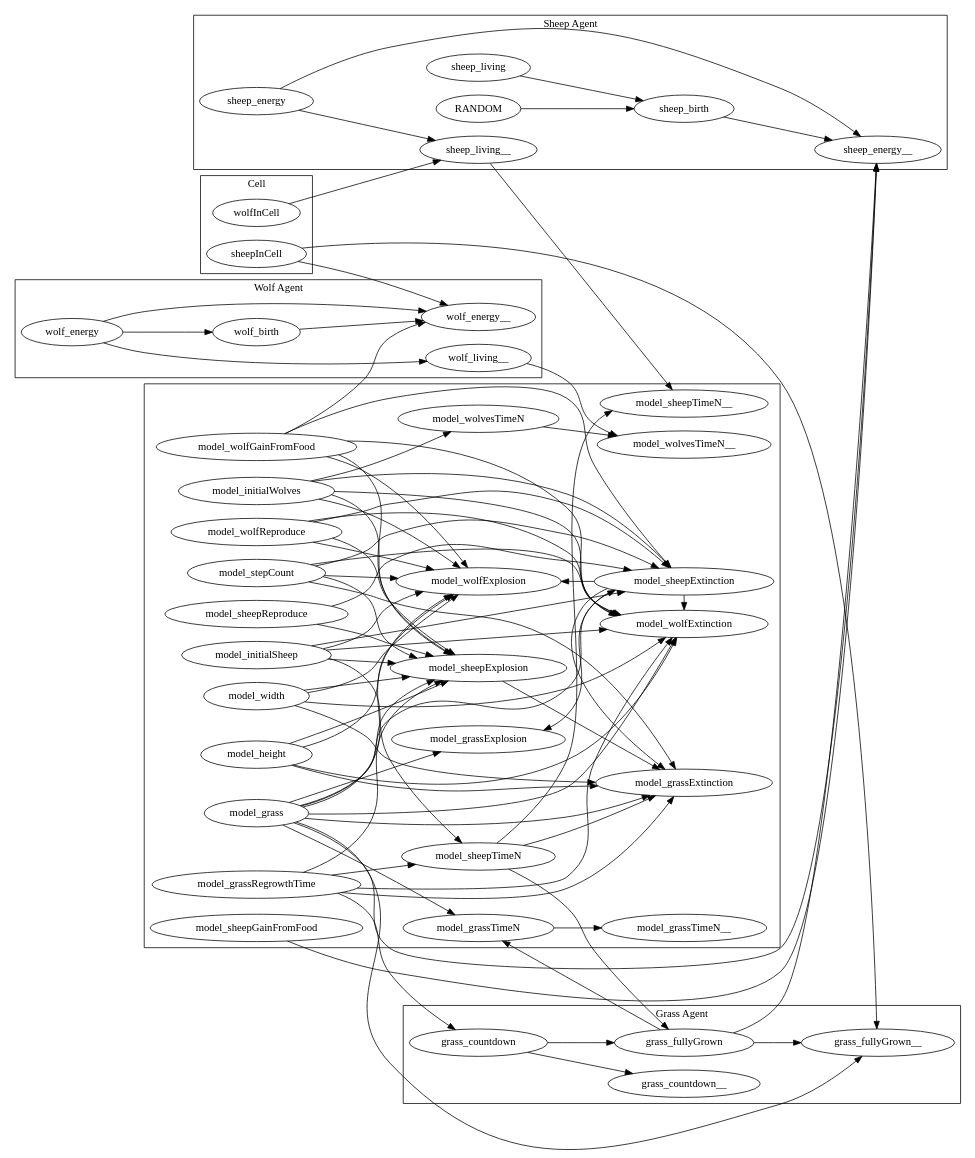
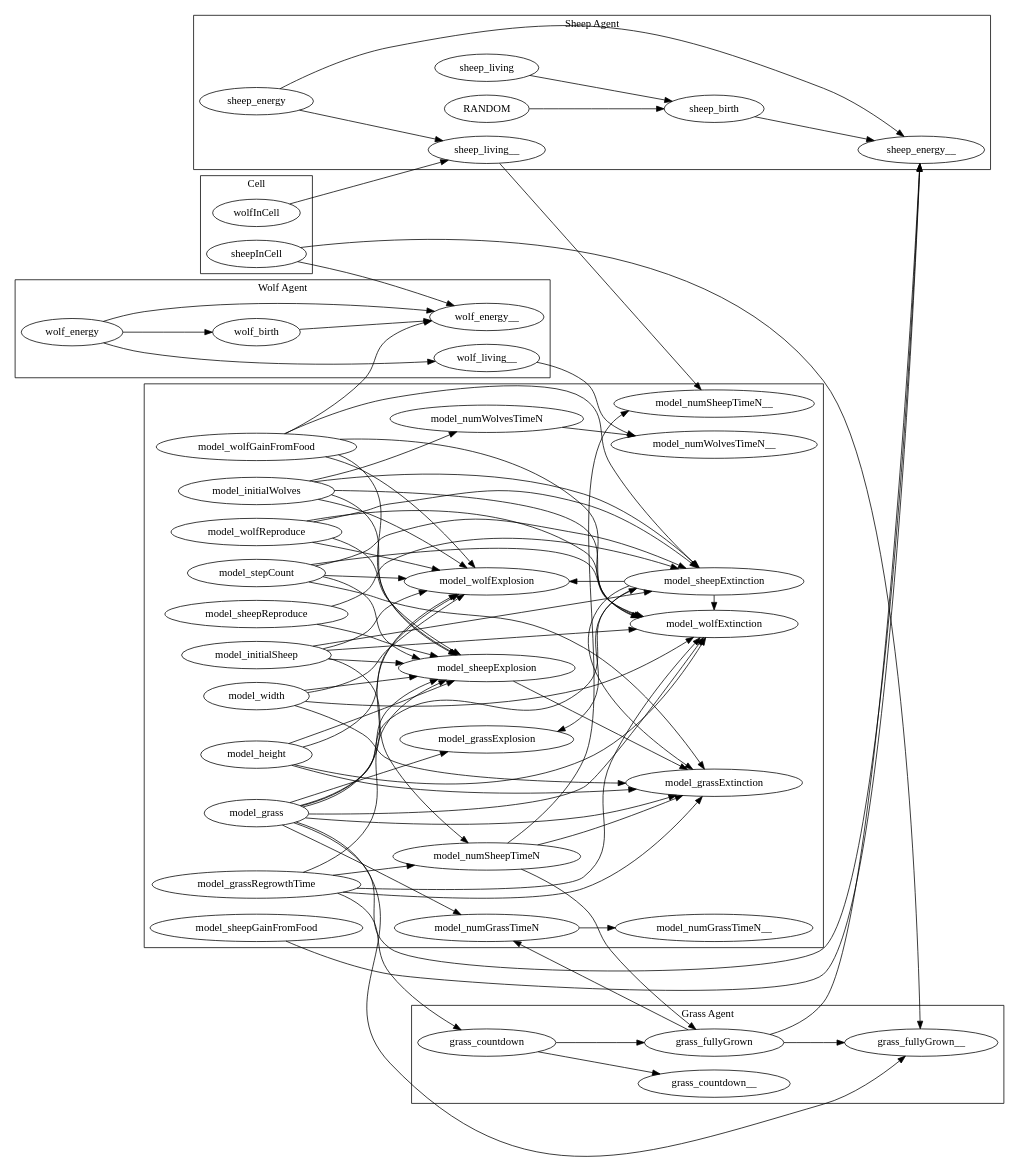
Before and after one commit to CITCOM-project/mesa: the diagram in examples/wolf_sheep/causal_model/agents.dot, drawn with Graphviz. The commit also changed 19 other files, not shown here.

Commit message:
Added in a zigzag causal graph for predator prey

```diff
--- a/examples/wolf_sheep/causal_model/agents.dot
+++ b/examples/wolf_sheep/causal_model/agents.dot
@@ -1,173 +1,173 @@
 digraph agents {
   rankdir = "LR";
   newrank = "true";
 
   {rank = same; model_sheepExplosion; model_wolfExplosion; model_grassExplosion;}
   {rank = same; model_sheepExtinction; model_wolfExtinction; model_grassExtinction;}
-  {rank = same; model_sheepTimeN; model_wolvesTimeN; model_grassTimeN;}
-  {rank = same; model_sheepTimeN__; model_wolvesTimeN__; model_grassTimeN__;}
+  {rank = same; model_numSheepTimeN; model_numWolvesTimeN; model_numGrassTimeN;}
+  {rank = same; model_numSheepTimeN__; model_numWolvesTimeN__; model_numGrassTimeN__;}
   {rank = same; model_sheepGainFromFood; model_wolfGainFromFood;}
 
   subgraph cluster_cell {
     label = "Cell"
     {rank = same; sheepInCell; wolfInCell;}
 
     sheepInCell;
     wolfInCell;
   }
 
   subgraph cluster_model {
     /* True model input parameters */
     model_height;
     model_width;
     model_initialSheep;
     model_initialWolves;
     model_sheepReproduce;
     model_wolfReproduce;
     model_wolfGainFromFood;
     model_grass;
     model_grassRegrowthTime;
     model_sheepGainFromFood;
     model_stepCount;
 
     /* True model output parameters */
-    model_sheepTimeN -> model_sheepTimeN__;
-    model_wolvesTimeN -> model_wolvesTimeN__;
-    model_grassTimeN -> model_grassTimeN__;
+    model_numSheepTimeN -> model_numSheepTimeN__;
+    model_numWolvesTimeN -> model_numWolvesTimeN__;
+    model_numGrassTimeN -> model_numGrassTimeN__;
 
     /* Abstract variables */
     model_sheepExplosion;
     model_sheepExtinction;
     model_wolfExplosion;
     model_wolfExtinction;
     model_grassExplosion;
     model_grassExtinction;
 
     /* Initial agents to time specific */
-    model_initialSheep -> model_sheepTimeN;
-    model_initialWolves -> model_wolvesTimeN;
-    model_grass -> model_grassTimeN;
+    model_initialSheep -> model_numSheepTimeN;
+    model_initialWolves -> model_numWolvesTimeN;
+    model_grass -> model_numGrassTimeN;
 
     /* Scenarios */
     /* Sheep Extinction */
     model_grass -> model_sheepExplosion;
     model_width -> model_sheepExplosion;
     model_height -> model_sheepExplosion;
     model_grassRegrowthTime -> model_sheepExplosion;
     model_initialSheep -> model_sheepExplosion;
     model_initialWolves -> model_sheepExplosion;
     model_sheepReproduce -> model_sheepExplosion;
     model_wolfReproduce -> model_sheepExplosion;
     model_wolfGainFromFood -> model_sheepExplosion;
     model_stepCount -> model_sheepExplosion;
 
     /* Sheep Explosion */
     model_grass -> model_sheepExtinction;
     model_initialSheep -> model_sheepExtinction;
     model_initialWolves -> model_sheepExtinction;
     model_sheepReproduce -> model_sheepExtinction;
     model_wolfReproduce -> model_sheepExtinction;
     model_wolfGainFromFood -> model_sheepExtinction;
     model_stepCount -> model_sheepExtinction;
 
     /* Wolf Extinction */
     model_height -> model_wolfExtinction;
     model_width -> model_wolfExtinction;
     model_grassRegrowthTime -> model_wolfExtinction;
     model_grass -> model_wolfExtinction;
     model_initialSheep -> model_wolfExtinction;
     model_initialWolves -> model_wolfExtinction;
     model_wolfReproduce -> model_wolfExtinction;
     model_wolfGainFromFood -> model_wolfExtinction;
     model_stepCount -> model_wolfExtinction;
     /* We need there to be sheep for the wolves to eat */
     model_sheepExtinction-> model_wolfExtinction;
 
     /* Wolf Explosion */
     model_height -> model_wolfExplosion;
     model_width -> model_wolfExplosion;
-    model_grassRegrowthTime -> model_sheepTimeN;
+    model_grassRegrowthTime -> model_numSheepTimeN;
     model_grass -> model_wolfExplosion;
     model_initialSheep -> model_wolfExplosion;
     model_initialWolves -> model_wolfExplosion;
     model_wolfReproduce -> model_wolfExplosion;
     model_wolfGainFromFood -> model_wolfExplosion;
     model_stepCount -> model_wolfExplosion;
     /* We need there to be sheep for the wolves to eat */
     model_sheepExtinction-> model_wolfExplosion;
 
     /* Grass extinction */
     model_height -> model_grassExtinction;
     model_width -> model_grassExtinction;
-    model_sheepTimeN -> model_grassExtinction;
+    model_numSheepTimeN -> model_grassExtinction;
     model_grass -> model_grassExtinction;
     model_grassRegrowthTime -> model_grassExtinction;
     model_stepCount -> model_grassExtinction;
     /* If the sheep go extinct, the grass will grow back */
     model_sheepExtinction -> model_grassExtinction;
     /* If the sheep explode, more grass will be eaten */
     model_sheepExplosion -> model_grassExtinction;
 
     /* Grass Explosion */
     model_grass -> model_grassExplosion;
     /* We need there to be no sheep for the grass to explode */
     model_sheepExtinction -> model_grassExplosion;
   }
 
   subgraph cluster_grass {
     label = "Grass Agent"
 
     /* Eaten by sheep */
     sheepInCell -> grass_fullyGrown__;
 
     /* Fully grown */
-    model_sheepTimeN -> grass_fullyGrown;
+    model_numSheepTimeN -> grass_fullyGrown;
     grass_fullyGrown -> grass_fullyGrown__;
-    grass_fullyGrown -> model_grassTimeN;
+    grass_fullyGrown -> model_numGrassTimeN;
 
     /* Growing */
     grass_countdown -> grass_fullyGrown;
     grass_countdown -> grass_countdown__;
     model_grassRegrowthTime -> grass_countdown;
   }
 
   subgraph cluster_sheep {
     label = "Sheep Agent"
     /* Reduce energy - covered by eating */
     /* model_grass -> sheep_energy__; */
 
     /* Eating grass */
     sheep_energy -> sheep_energy__;
     model_grass -> sheep_energy__;
     model_grass -> grass_fullyGrown__;
     grass_fullyGrown -> sheep_energy__;
     model_sheepGainFromFood -> sheep_energy__;
 
     /* Death */
     sheep_energy -> sheep_living__;
     wolfInCell -> sheep_living__;
-    sheep_living__ -> model_sheepTimeN__;
+    sheep_living__ -> model_numSheepTimeN__;
 
     /* Reproduction */
     sheep_living -> sheep_birth;
     RANDOM -> sheep_birth;
     sheep_birth -> sheep_energy__;
   }
 
   subgraph cluster_wolf {
     label = "Wolf Agent"
 
     /* Eating sheep */
     wolf_energy -> wolf_energy__;
     sheepInCell -> wolf_energy__;
     model_wolfGainFromFood -> wolf_energy__;
 
     /* Death */
     wolf_energy -> wolf_living__;
-    wolf_living__ -> model_wolvesTimeN__;
+    wolf_living__ -> model_numWolvesTimeN__;
 
     /* Reproduction */
     wolf_energy -> wolf_birth;
     wolf_birth -> wolf_energy__;
   }
 }
```
